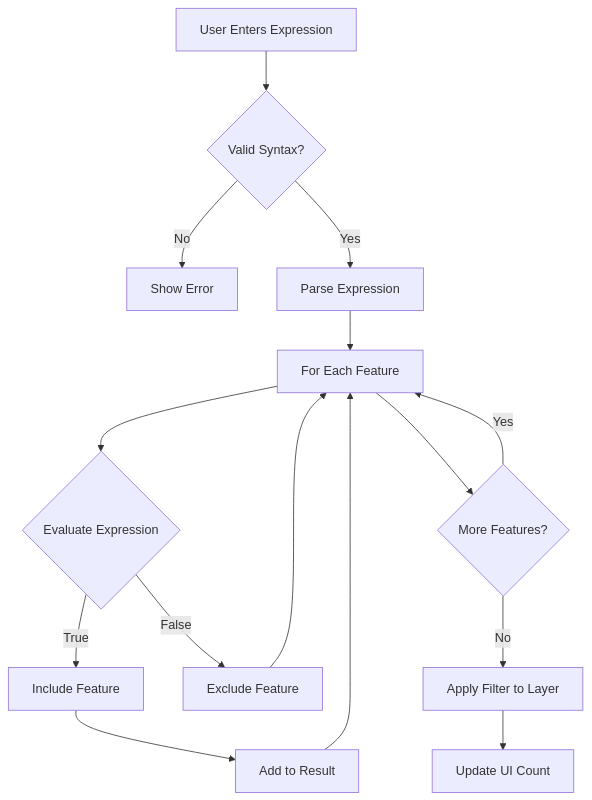
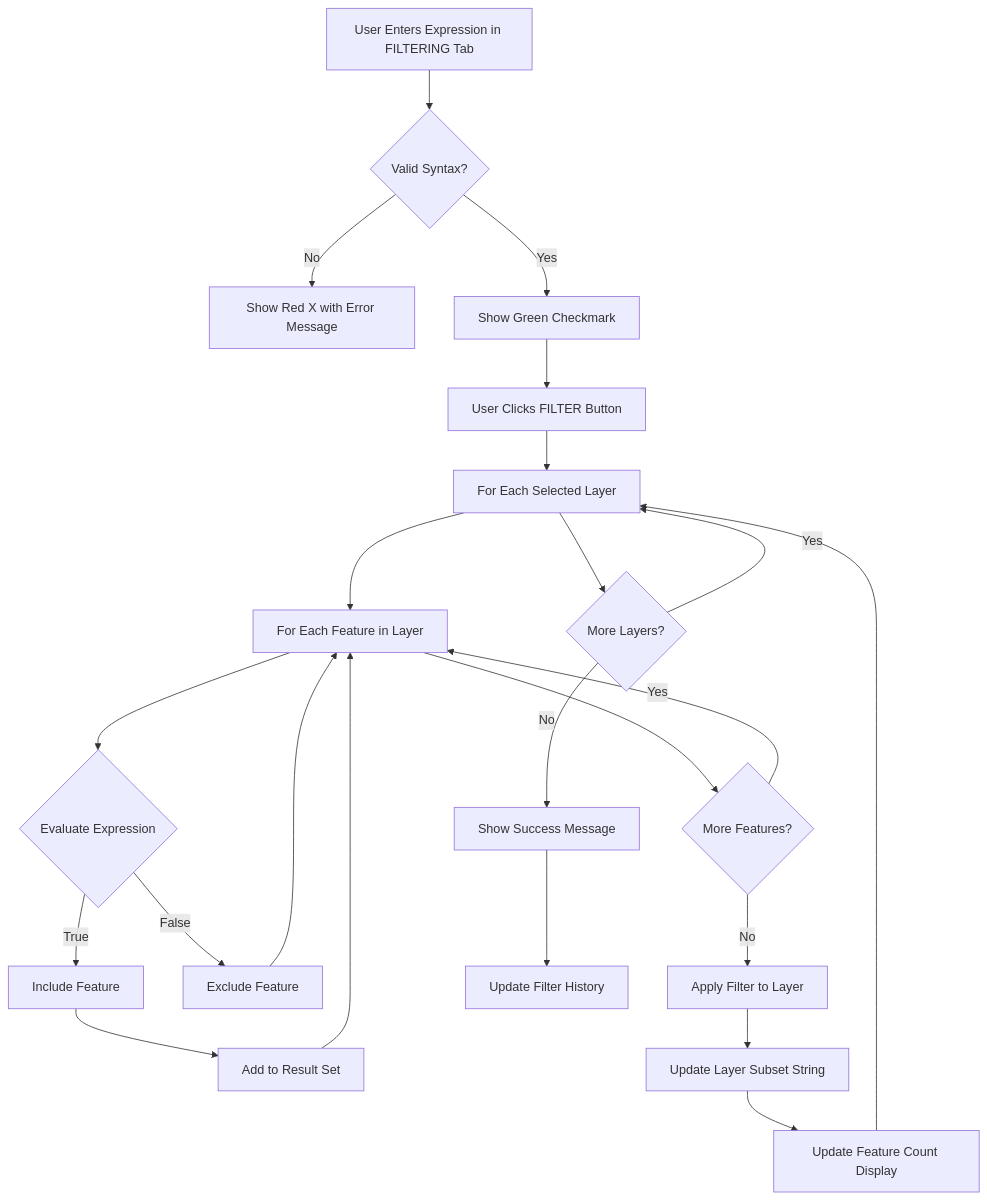
Before and after one commit to sducournau/filter_mate: the diagram in website/docs/user-guide/filtering-basics.md, drawn with Mermaid. The commit also changed other lines of this file and 133 other files, not shown here.

````diff
--- a/website/docs/user-guide/filtering-basics.md
+++ b/website/docs/user-guide/filtering-basics.md
@@ -192,17 +274,25 @@
 ```mermaid
 graph TD
-    A[User Enters Expression] --> B{Valid Syntax?}
-    B -->|No| C[Show Error]
-    B -->|Yes| D[Parse Expression]
-    D --> E[For Each Feature]
-    E --> F{Evaluate Expression}
-    F -->|True| G[Include Feature]
-    F -->|False| H[Exclude Feature]
-    G --> I[Add to Result]
-    H --> E
-    I --> E
-    E --> J{More Features?}
-    J -->|Yes| E
-    J -->|No| K[Apply Filter to Layer]
-    K --> L[Update UI Count]
+    A[User Enters Expression in FILTERING Tab] --> B{Valid Syntax?}
+    B -->|No| C[Show Red X with Error Message]
+    B -->|Yes| D[Show Green Checkmark]
+    D --> E[User Clicks FILTER Button]
+    E --> F[For Each Selected Layer]
+    F --> G[For Each Feature in Layer]
+    G --> H{Evaluate Expression}
+    H -->|True| I[Include Feature]
+    H -->|False| J[Exclude Feature]
+    I --> K[Add to Result Set]
+    J --> G
+    K --> G
+    G --> L{More Features?}
+    L -->|Yes| G
+    L -->|No| M[Apply Filter to Layer]
+    M --> N[Update Layer Subset String]
+    N --> O[Update Feature Count Display]
+    O --> F
+    F --> P{More Layers?}
+    P -->|Yes| F
+    P -->|No| Q[Show Success Message]
+    Q --> R[Update Filter History]
 ```
````
